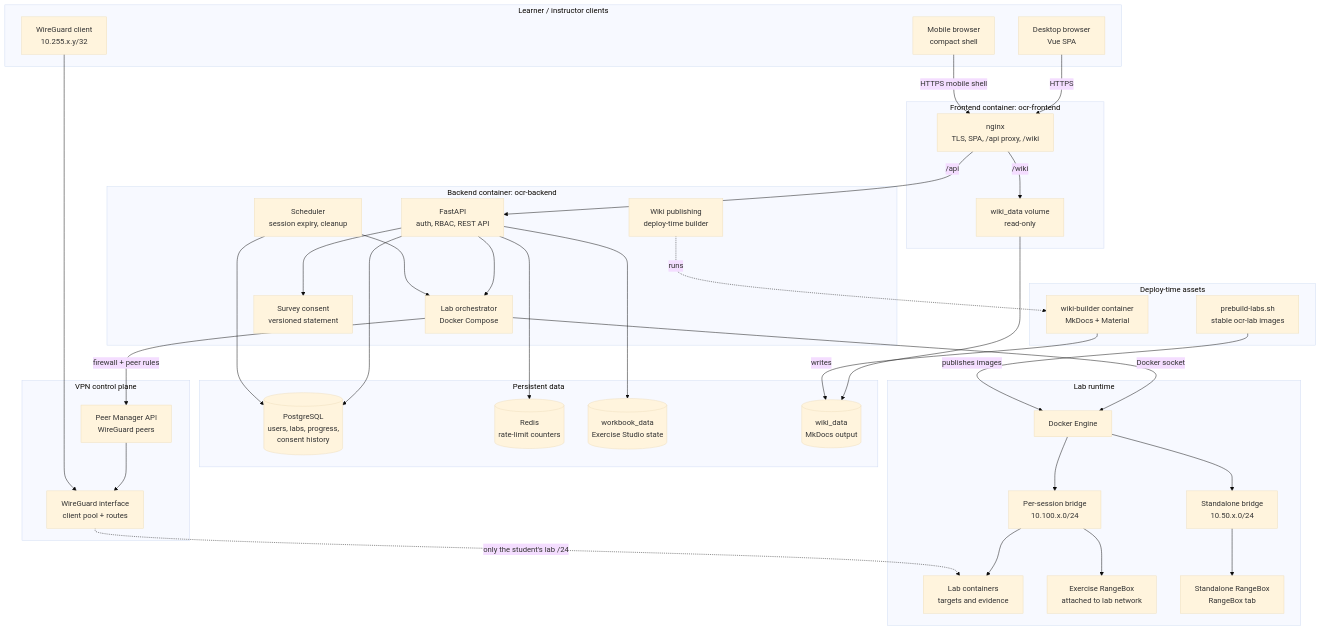
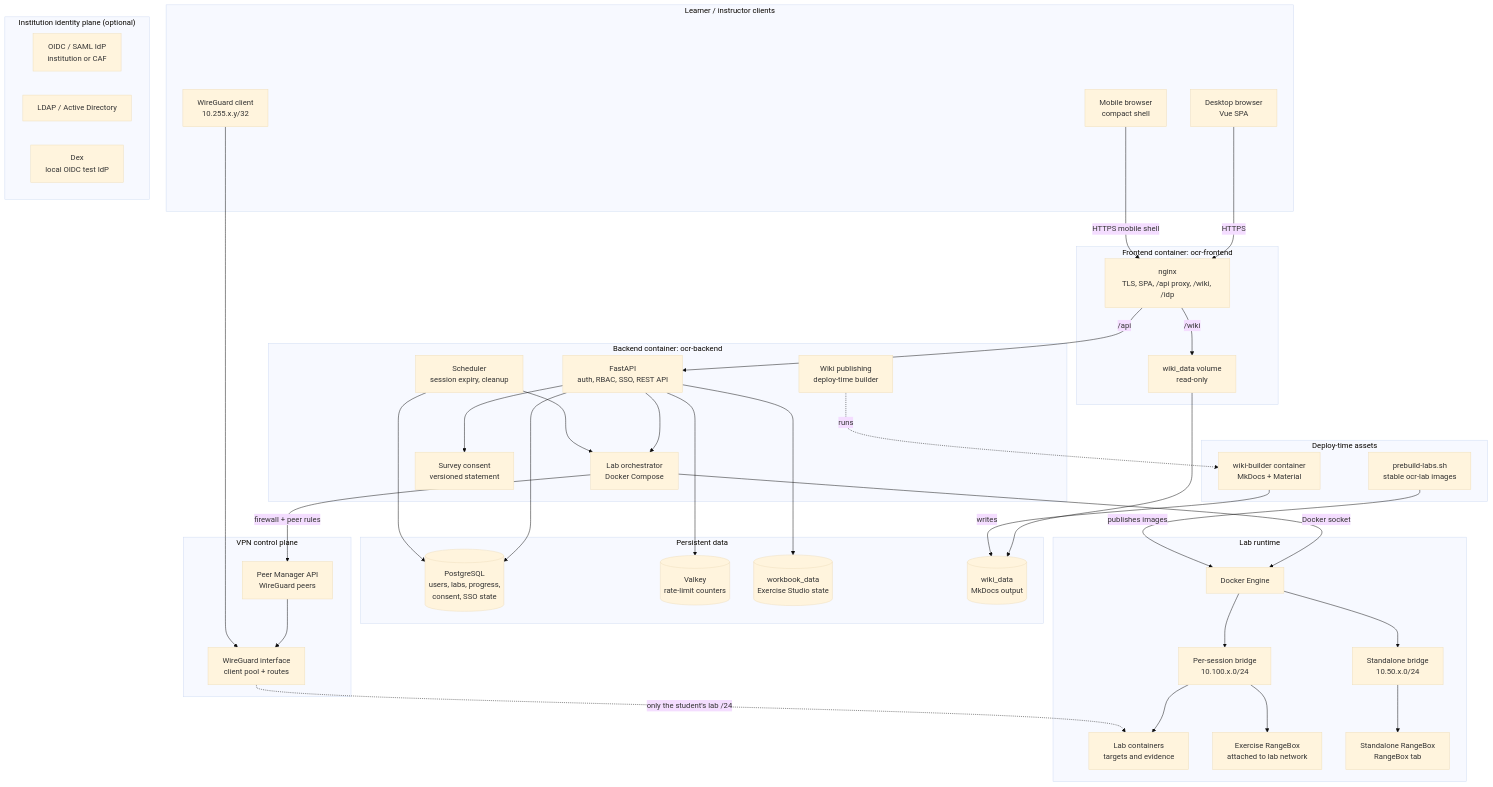
Before and after one commit to RobChaykoski/opencyberrange: the diagram in docs/ARCHITECTURE.md, drawn with Mermaid (base theme). The commit also changed 47 other files, not shown here.

````diff
--- a/docs/ARCHITECTURE.md
+++ b/docs/ARCHITECTURE.md
@@ -9,76 +9,82 @@
 ```mermaid
 flowchart TB
     subgraph Clients["Learner / instructor clients"]
         B["Desktop browser<br/>Vue SPA"]
         M["Mobile browser<br/>compact shell"]
         V["WireGuard client<br/>10.255.x.y/32"]
     end
 
     subgraph Edge["Frontend container: ocr-frontend"]
-        N["nginx<br/>TLS, SPA, /api proxy, /wiki"]
+        N["nginx<br/>TLS, SPA, /api proxy, /wiki, /idp"]
         WV["wiki_data volume<br/>read-only"]
     end
 
     subgraph App["Backend container: ocr-backend"]
-        API["FastAPI<br/>auth, RBAC, REST API"]
+        API["FastAPI<br/>auth, RBAC, SSO, REST API"]
         SCHED["Scheduler<br/>session expiry, cleanup"]
         ORCH["Lab orchestrator<br/>Docker Compose"]
         SURVEY["Survey consent<br/>versioned statement"]
         WIKI["Wiki publishing<br/>deploy-time builder"]
     end
 
+    subgraph IdP["Institution identity plane (optional)"]
+        OIDC["OIDC / SAML IdP<br/>institution or CAF"]
+        LDAP["LDAP / Active Directory"]
+        DEX["Dex<br/>local OIDC test IdP"]
+    end
+
     subgraph Data["Persistent data"]
-        PG[("PostgreSQL<br/>users, labs, progress,<br/>consent history")]
-        RD[("Redis<br/>rate-limit counters")]
+        PG[("PostgreSQL<br/>users, labs, progress,<br/>consent, SSO state")]
+        RD[("Valkey<br/>rate-limit counters")]
         WB[("workbook_data<br/>Exercise Studio state")]
         WIKIV[("wiki_data<br/>MkDocs output")]
     end
 
     subgraph LabRuntime["Lab runtime"]
         DOCKER["Docker Engine"]
         NET["Per-session bridge<br/>10.100.x.0/24"]
         LABS["Lab containers<br/>targets and evidence"]
         LBOX["Exercise RangeBox<br/>attached to lab network"]
         RBNET["Standalone bridge<br/>10.50.x.0/24"]
         RB["Standalone RangeBox<br/>RangeBox tab"]
     end
 
     subgraph VPN["VPN control plane"]
         PM["Peer Manager API<br/>WireGuard peers"]
         WG["WireGuard interface<br/>client pool + routes"]
     end
 
     subgraph Build["Deploy-time assets"]
         BUILDER["wiki-builder container<br/>MkDocs + Material"]
         PREBUILD["prebuild-labs.sh<br/>stable ocr-lab images"]
     end
 
     B -->|HTTPS| N
     M -->|HTTPS mobile shell| N
     N -->|/api| API
     N -->|/wiki| WV
     WV --> WIKIV
 
     API --> PG
     API --> RD
     API --> WB
     API --> SURVEY
     API --> ORCH
     SCHED --> PG
     SCHED --> ORCH
 
     ORCH -->|Docker socket| DOCKER
     DOCKER --> NET
     DOCKER --> RBNET
     NET --> LABS
     NET --> LBOX
     RBNET --> RB
     ORCH -->|firewall + peer rules| PM
     PM --> WG
     V --> WG
     WG -.->|only the student's lab /24| LABS
 
     BUILDER -->|writes| WIKIV
     PREBUILD -->|publishes images| DOCKER
     WIKI -.->|runs| BUILDER
 ```
````
